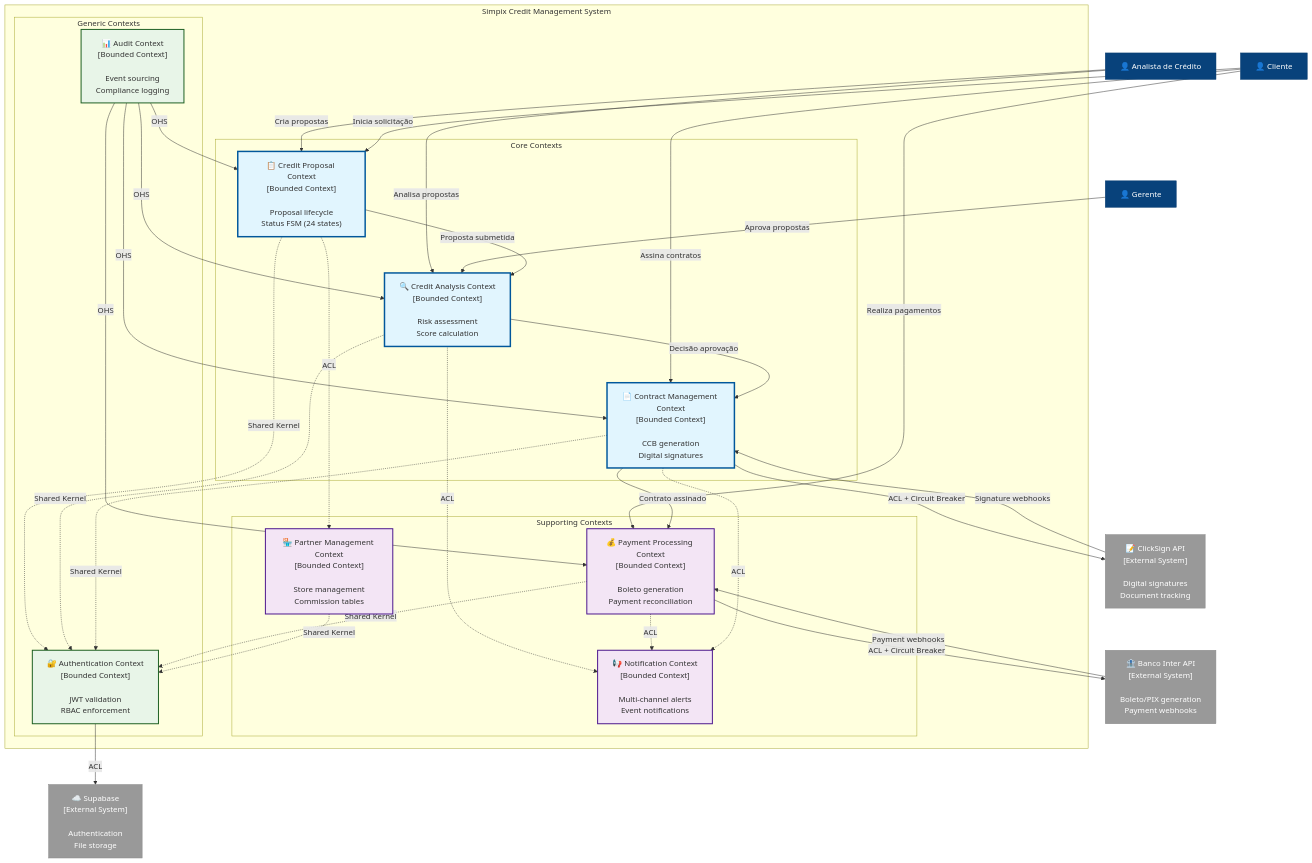
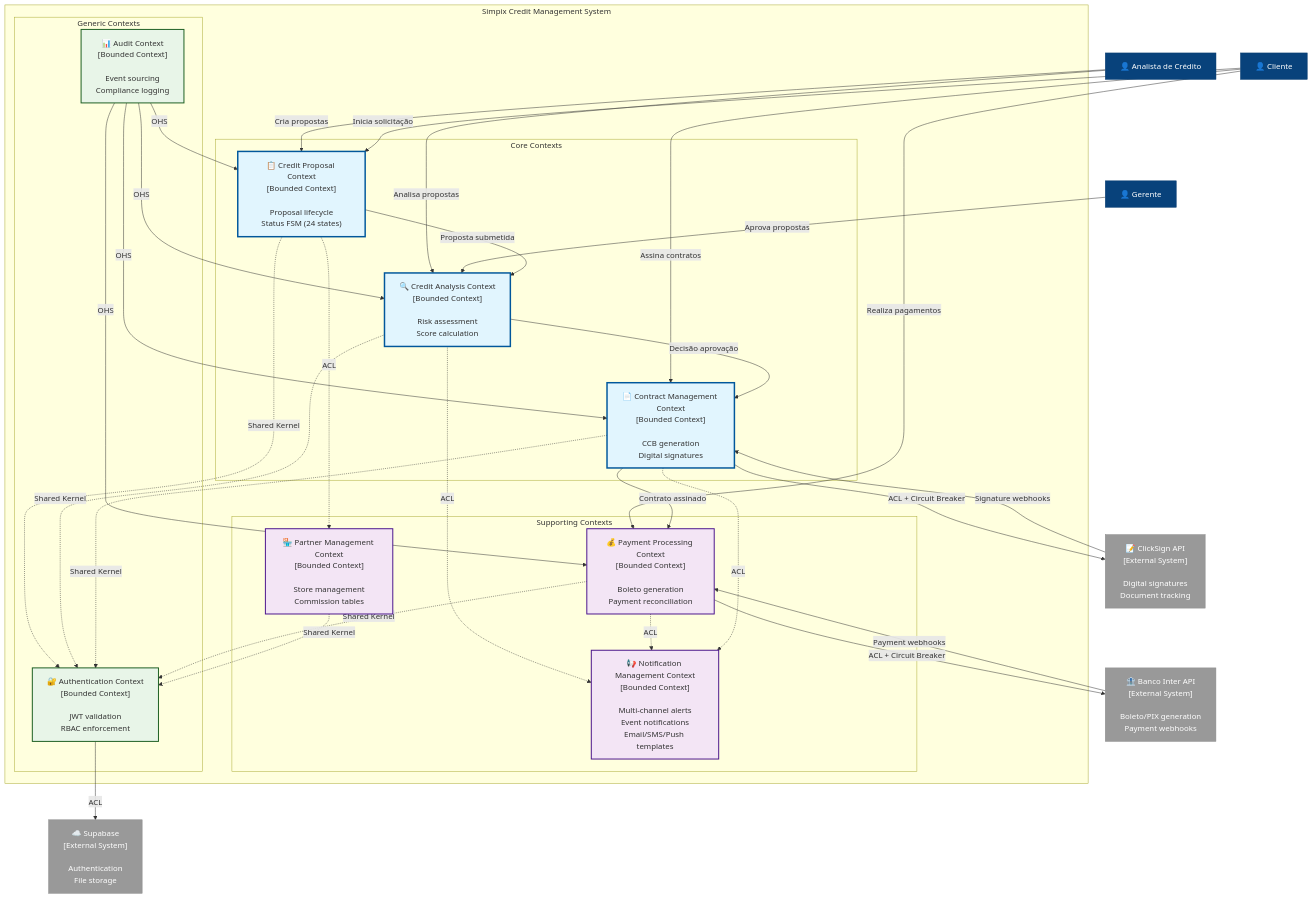
The diagram in architecture/09-c4-diagrams/c4-level1-context.md (vapo643/SimHBSftwerdv), drawn with Mermaid before and after one commit. The commit also changed other lines of this file and 3 other files, not shown here.

First line of the commit message:
Update architectural diagrams to reflect a complete system context

````diff
--- a/architecture/09-c4-diagrams/c4-level1-context.md
+++ b/architecture/09-c4-diagrams/c4-level1-context.md
@@ -10,80 +11,80 @@
 ```mermaid
 graph TB
     %% Styling
     classDef person fill:#08427b,stroke:#073b6f,color:#fff
     classDef coreContext fill:#e1f5fe,stroke:#01579b,stroke-width:3px
     classDef supportContext fill:#f3e5f5,stroke:#4a148c,stroke-width:2px
     classDef genericContext fill:#e8f5e8,stroke:#1b5e20,stroke-width:2px
     classDef external fill:#999999,stroke:#898989,color:#fff
     
     %% External Actors
     Analyst["👤 Analista de Crédito"]:::person
     Manager["👤 Gerente"]:::person
     Client["👤 Cliente"]:::person
     
     %% Core System with Bounded Contexts (DDD Compliant)
     subgraph "Simpix Credit Management System"
         subgraph "Core Contexts"
             CP["📋 Credit Proposal Context<br/>[Bounded Context]<br/><br/>Proposal lifecycle<br/>Status FSM (24 states)"]:::coreContext
             CA["🔍 Credit Analysis Context<br/>[Bounded Context]<br/><br/>Risk assessment<br/>Score calculation"]:::coreContext
             CM["📄 Contract Management Context<br/>[Bounded Context]<br/><br/>CCB generation<br/>Digital signatures"]:::coreContext
         end
         
         subgraph "Supporting Contexts"
             PP["💰 Payment Processing Context<br/>[Bounded Context]<br/><br/>Boleto generation<br/>Payment reconciliation"]:::supportContext
             PM["🏪 Partner Management Context<br/>[Bounded Context]<br/><br/>Store management<br/>Commission tables"]:::supportContext
-            NM["📢 Notification Context<br/>[Bounded Context]<br/><br/>Multi-channel alerts<br/>Event notifications"]:::supportContext
+            NM["📢 Notification Management Context<br/>[Bounded Context]<br/><br/>Multi-channel alerts<br/>Event notifications<br/>Email/SMS/Push templates"]:::supportContext
         end
         
         subgraph "Generic Contexts"
             AUTH["🔐 Authentication Context<br/>[Bounded Context]<br/><br/>JWT validation<br/>RBAC enforcement"]:::genericContext
             AUDIT["📊 Audit Context<br/>[Bounded Context]<br/><br/>Event sourcing<br/>Compliance logging"]:::genericContext
         end
     end
     
     %% External Systems
     ClickSign["📝 ClickSign API<br/>[External System]<br/><br/>Digital signatures<br/>Document tracking"]:::external
     BancoInter["🏦 Banco Inter API<br/>[External System]<br/><br/>Boleto/PIX generation<br/>Payment webhooks"]:::external
     Supabase["☁️ Supabase<br/>[External System]<br/><br/>Authentication<br/>File storage"]:::external
     
     %% Actor Interactions with Bounded Contexts
     Analyst -->|"Analisa propostas"| CA
     Analyst -->|"Cria propostas"| CP
     Manager -->|"Aprova propostas"| CA
     Client -->|"Inicia solicitação"| CP
     Client -->|"Assina contratos"| CM
     Client -->|"Realiza pagamentos"| PP
     
     %% Core Context Dependencies (Customer/Supplier Pattern)
     CP -->|"Proposta submetida"| CA
     CA -->|"Decisão aprovação"| CM
     CM -->|"Contrato assinado"| PP
     
     %% Supporting Context Integration (ACL Pattern)
     CP -.->|"ACL"| PM
     CA -.->|"ACL"| NM
     PP -.->|"ACL"| NM
     CM -.->|"ACL"| NM
     
     %% Generic Context Dependencies (Shared Kernel)
     CP -.->|"Shared Kernel"| AUTH
     CA -.->|"Shared Kernel"| AUTH
     CM -.->|"Shared Kernel"| AUTH
     PP -.->|"Shared Kernel"| AUTH
     PM -.->|"Shared Kernel"| AUTH
     
     %% Audit Integration (Open Host Service)
     AUDIT -->|"OHS"| CP
     AUDIT -->|"OHS"| CA
     AUDIT -->|"OHS"| CM
     AUDIT -->|"OHS"| PP
     
     %% External Integrations (ACL Pattern + Circuit Breakers)
     CM -->|"ACL + Circuit Breaker"| ClickSign
     PP -->|"ACL + Circuit Breaker"| BancoInter
     AUTH -->|"ACL"| Supabase
     
     %% External System Responses
     ClickSign -->|"Signature webhooks"| CM
     BancoInter -->|"Payment webhooks"| PP
 ```
````
